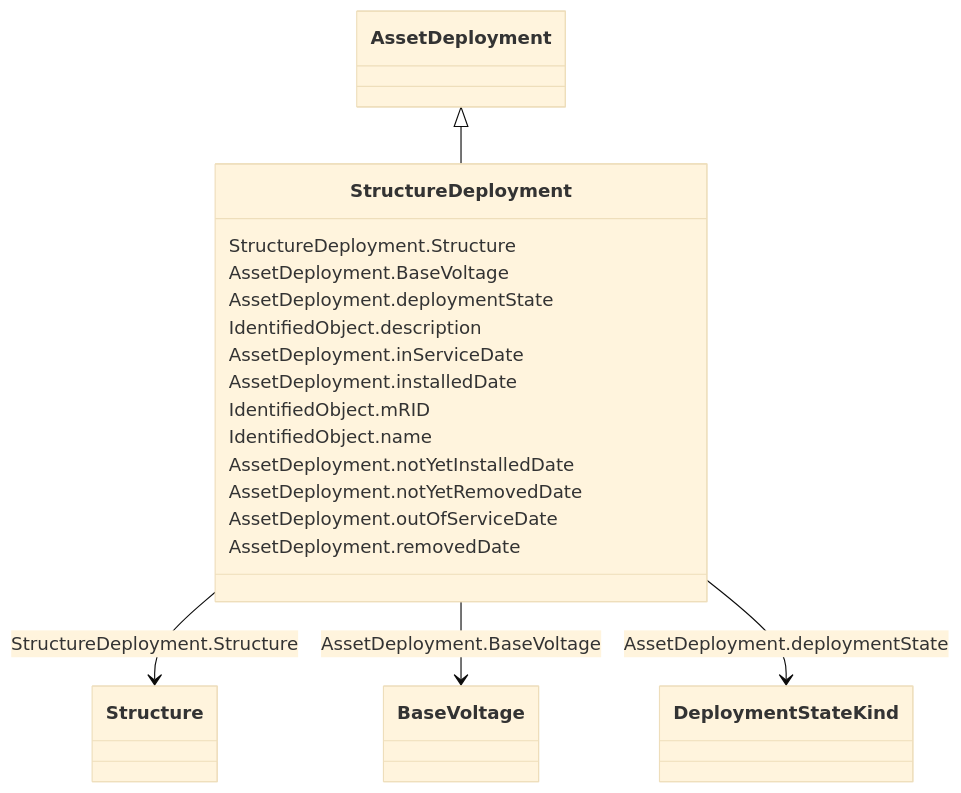
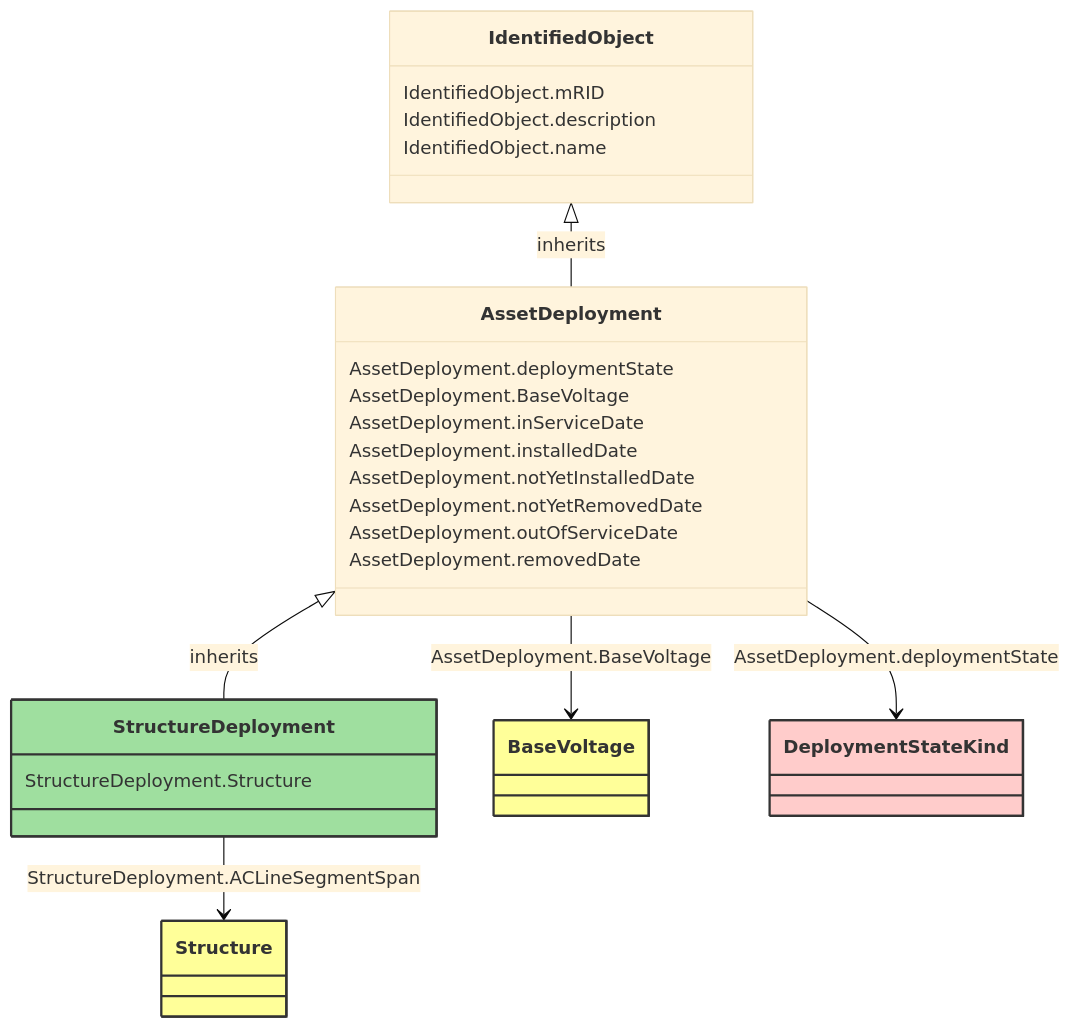
One commit to 3lbits/NoCIMExtensions changed the diagram in docs/AviationObstacle/StructureDeployment.md. Above: the diagram before and after it, drawn with Mermaid (base theme). The commit also changed other lines of this file and 177 other files, not shown here.

````diff
--- a/docs/AviationObstacle/StructureDeployment.md
+++ b/docs/AviationObstacle/StructureDeployment.md
@@ -16,42 +8,48 @@
 ```mermaid
- classDiagram
+classDiagram
     class StructureDeployment
-    click StructureDeployment href "../StructureDeployment"
-      AssetDeployment <|-- StructureDeployment
-        click AssetDeployment href "../AssetDeployment"
-      
-      StructureDeployment : StructureDeployment.Structure
-        
-          StructureDeployment --> Structure : StructureDeployment.Structure
-          click Structure href "../Structure"
-        
-      StructureDeployment : AssetDeployment.BaseVoltage
-        
-          StructureDeployment --> BaseVoltage : AssetDeployment.BaseVoltage
-          click BaseVoltage href "../BaseVoltage"
-        
-      StructureDeployment : AssetDeployment.deploymentState
-        
-          StructureDeployment --> DeploymentStateKind : AssetDeployment.deploymentState
-          click DeploymentStateKind href "../DeploymentStateKind"
-        
-      StructureDeployment : IdentifiedObject.description
-        
-      StructureDeployment : AssetDeployment.inServiceDate
-        
-      StructureDeployment : AssetDeployment.installedDate
-        
-      StructureDeployment : IdentifiedObject.mRID
-        
-      StructureDeployment : IdentifiedObject.name
-        
-      StructureDeployment : AssetDeployment.notYetInstalledDate
-        
-      StructureDeployment : AssetDeployment.notYetRemovedDate
-        
-      StructureDeployment : AssetDeployment.outOfServiceDate
-        
-      StructureDeployment : AssetDeployment.removedDate
-        
-      
+    click StructureDeployment href "/AviationObstacle/StructureDeployment/"
+    style StructureDeployment fill:#9fdf9f,stroke:#333,stroke-width:2px,rx:10,ry:10
+
+        AssetDeployment <|-- StructureDeployment : inherits
+            click AssetDeployment href "/AviationObstacle/AssetDeployment/"
+            style AssetDeployment rx:10,ry:10
+
+        StructureDeployment
+            click StructureDeployment href "/AviationObstacle/StructureDeployment/"
+            style StructureDeployment rx:10,ry:10
+
+        IdentifiedObject <|-- AssetDeployment : inherits
+            click IdentifiedObject href "/AviationObstacle/IdentifiedObject/"
+            style IdentifiedObject rx:10,ry:10
+
+        StructureDeployment --> Structure : StructureDeployment.ACLineSegmentSpan
+
+        Structure
+            click Structure href "/AviationObstacle/Structure/"
+            style Structure fill:#ffff99,stroke:#333,stroke-width:2px,rx:10,ry:10
+        AssetDeployment --> BaseVoltage : AssetDeployment.BaseVoltage
+
+        BaseVoltage
+            click BaseVoltage href "/AviationObstacle/BaseVoltage/"
+            style BaseVoltage fill:#ffff99,stroke:#333,stroke-width:2px,rx:10,ry:10
+
+        AssetDeployment --> DeploymentStateKind : AssetDeployment.deploymentState
+
+        DeploymentStateKind
+            click DeploymentStateKind href "/AviationObstacle/DeploymentStateKind/"
+            style DeploymentStateKind fill:#FFCCCB,stroke:#333,stroke-width:2px,rx:10,ry:10
+
+        StructureDeployment : StructureDeployment.Structure
+        AssetDeployment : AssetDeployment.deploymentState
+        AssetDeployment : AssetDeployment.BaseVoltage
+        AssetDeployment : AssetDeployment.inServiceDate
+        AssetDeployment : AssetDeployment.installedDate
+        AssetDeployment : AssetDeployment.notYetInstalledDate
+        AssetDeployment : AssetDeployment.notYetRemovedDate
+        AssetDeployment : AssetDeployment.outOfServiceDate
+        AssetDeployment : AssetDeployment.removedDate
+        IdentifiedObject : IdentifiedObject.mRID
+        IdentifiedObject : IdentifiedObject.description
+        IdentifiedObject : IdentifiedObject.name
 ```
````
